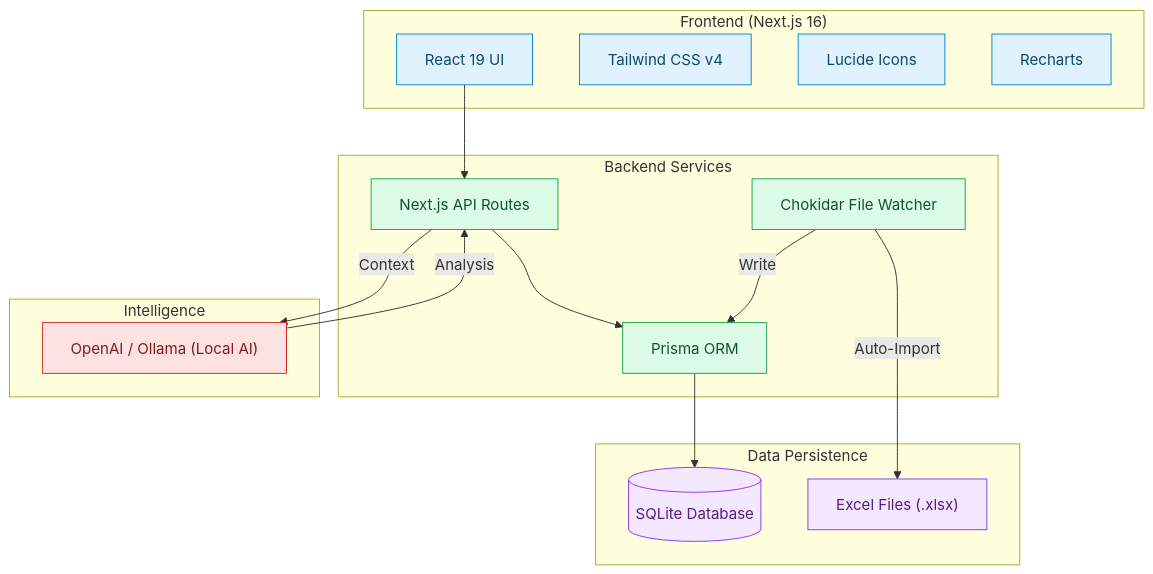
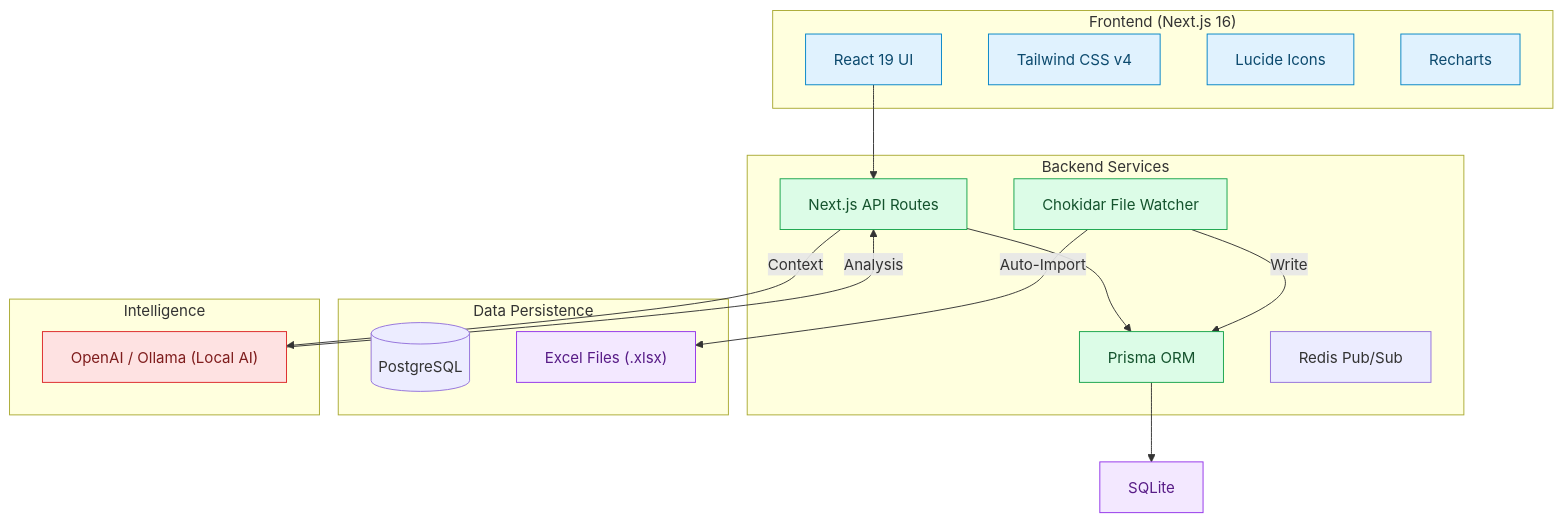
Before and after one commit to Tropical8818/iProTraX: the second of 2 diagrams in README.md, drawn with Mermaid. The commit also changed other lines of this file and 3 other files, not shown here.

````diff
--- a/README.md
+++ b/README.md
@@ -142,44 +156,45 @@
 ```mermaid
 flowchart TB
     subgraph Client ["Frontend (Next.js 16)"]
         UI[React 19 UI]
         TW[Tailwind CSS v4]
         Icon[Lucide Icons]
         Chart[Recharts]
     end
 
     subgraph Server ["Backend Services"]
         API[Next.js API Routes]
         Watcher[Chokidar File Watcher]
         Prisma[Prisma ORM]
+        Redis[Redis Pub/Sub]
     end
 
     subgraph Data ["Data Persistence"]
-        SQLite[(SQLite Database)]
+        Postgres[(PostgreSQL)]
         Excel["Excel Files (.xlsx)"]
     end
 
     subgraph AI ["Intelligence"]
         OpenAI["OpenAI / Ollama (Local AI)"]
     end
 
     %% Connections
     UI --> API
     API --> Prisma
     Prisma --> SQLite
     Watcher -->|Auto-Import| Excel
     Watcher -->|Write| Prisma
     API -->|Context| OpenAI
     OpenAI -->|Analysis| API
 
     %% Styling
     classDef fe fill:#e0f2fe,stroke:#0284c7,color:#0c4a6e;
     classDef be fill:#dcfce7,stroke:#16a34a,color:#14532d;
     classDef db fill:#f3e8ff,stroke:#9333ea,color:#581c87;
     classDef ai fill:#fee2e2,stroke:#dc2626,color:#7f1d1d;
 
     class UI,TW,Icon,Chart fe;
     class API,Watcher,Prisma be;
     class SQLite,Excel db;
     class OpenAI ai;
 ```
````
